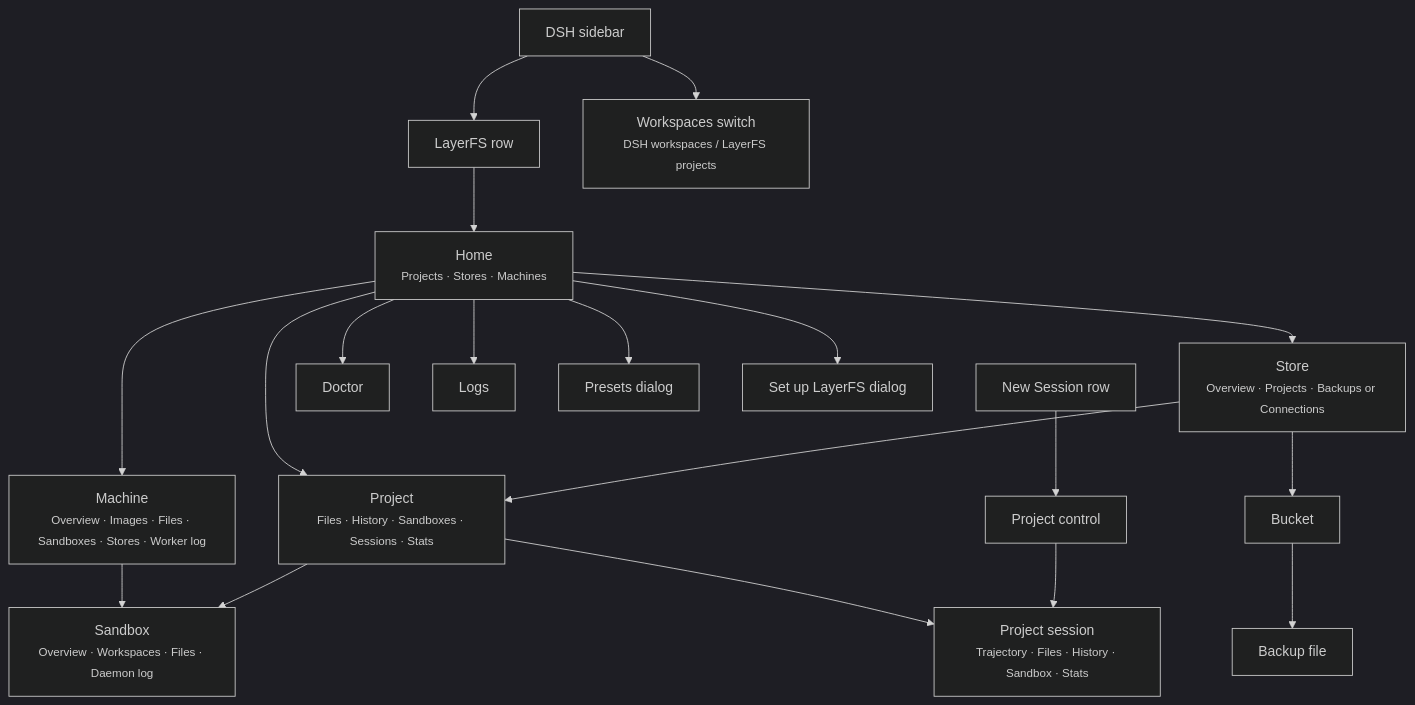
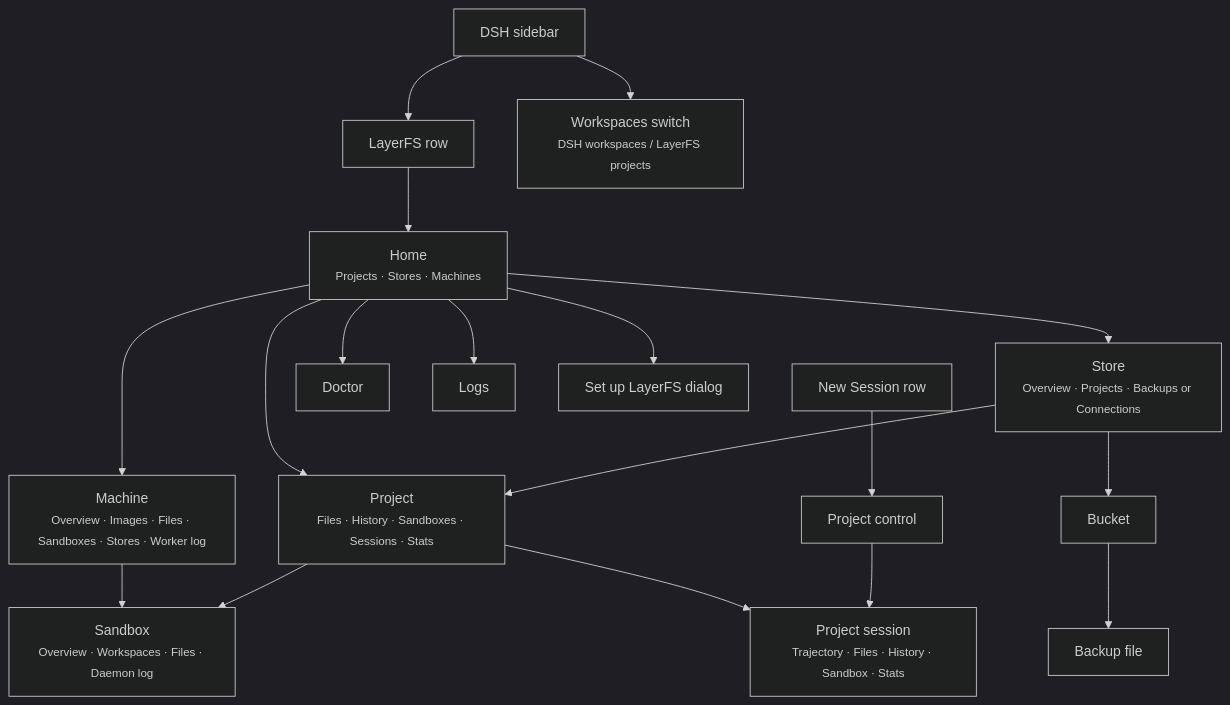
The second of 2 diagrams in docs/guide/README.md (Ephemeral-AI-Lab/dsh-layerfs), drawn with Mermaid (dark theme) before and after one commit. The commit also changed other lines of this file and 138 other files, not shown here.

````diff
--- a/docs/guide/README.md
+++ b/docs/guide/README.md
@@ -91,21 +91,20 @@
 ```mermaid
 flowchart TD
   SB[DSH sidebar] --> L[LayerFS row]
   SB --> WS[Workspaces switch<br/><small>DSH workspaces / LayerFS projects</small>]
   NS[New Session row] --> PC[Project control]
   L --> H[Home<br/><small>Projects · Stores · Machines</small>]
   H --> ST[Store<br/><small>Overview · Projects · Backups or Connections</small>]
   H --> MA[Machine<br/><small>Overview · Images · Files · Sandboxes · Stores · Worker log</small>]
   H --> PR[Project<br/><small>Files · History · Sandboxes · Sessions · Stats</small>]
   ST --> PR
   ST --> BK[Bucket]
   BK --> BF[Backup file]
   MA --> SX[Sandbox<br/><small>Overview · Workspaces · Files · Daemon log</small>]
   PR --> SX
   H --> DR[Doctor]
   H --> LG[Logs]
-  H --> PS[Presets dialog]
   H --> SU[Set up LayerFS dialog]
   PR --> CV[Project session<br/><small>Trajectory · Files · History · Sandbox · Stats</small>]
   PC --> CV
 ```
````
